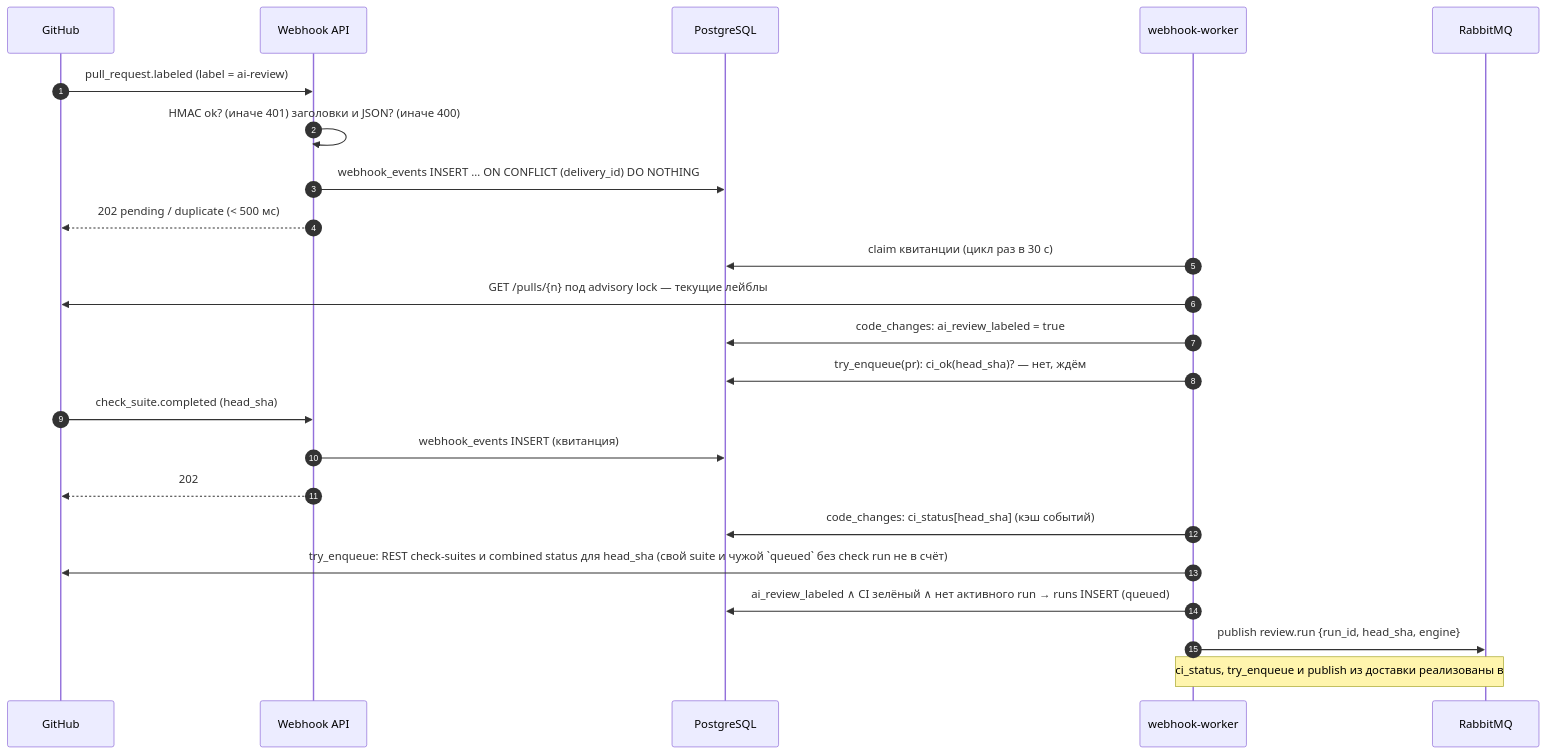
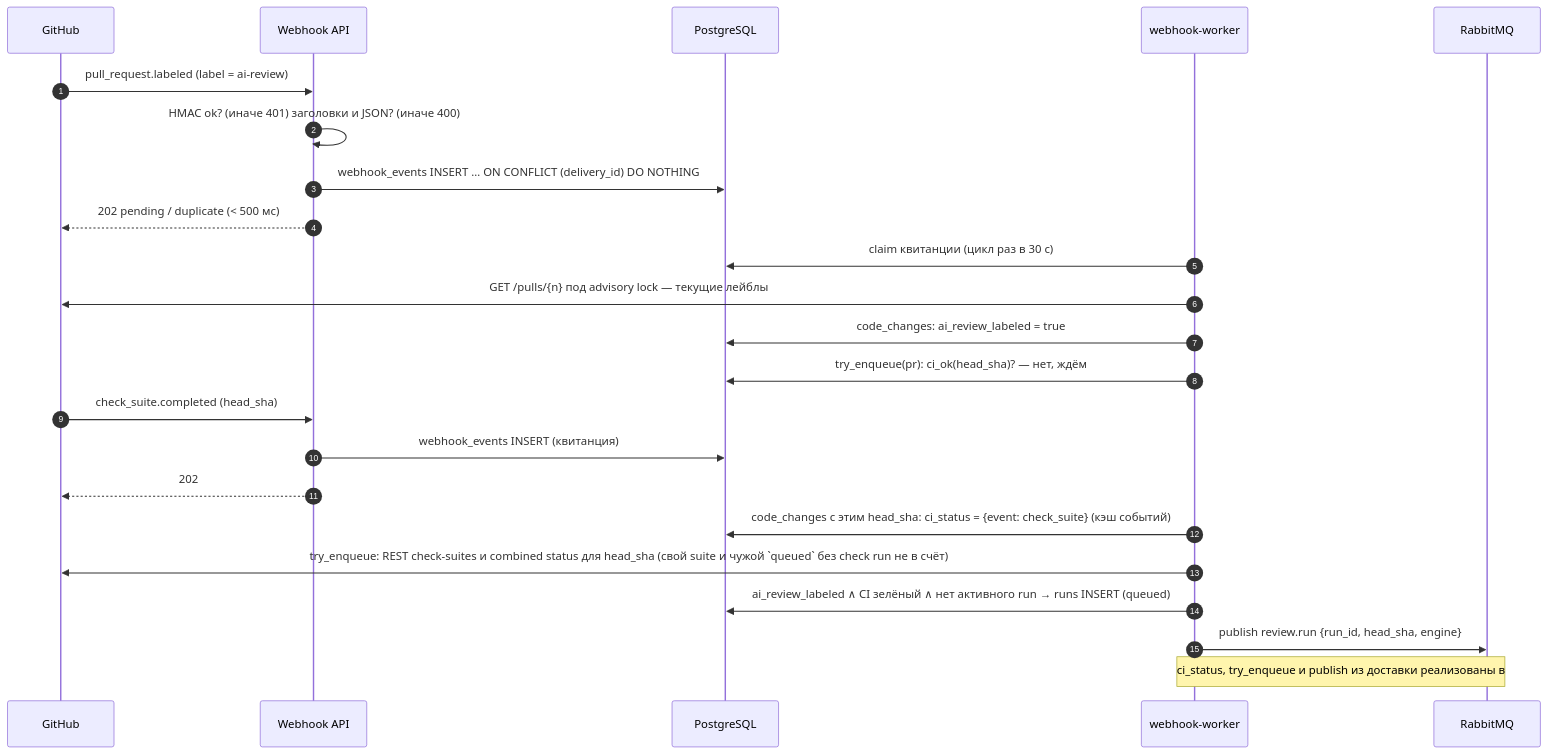
The fourth of 13 diagrams in docs/SYSTEM_DESIGN.md (larchanka-training/dmc-268-api-t6), drawn with Mermaid before and after one commit. The commit also changed other lines of this file and 2 other files, not shown here.

First line of the commit message:
docs(webhooks): align no-CI sweep and supersession wait docs with code (#167)

````diff
--- a/docs/SYSTEM_DESIGN.md
+++ b/docs/SYSTEM_DESIGN.md
@@ -284,27 +284,27 @@
 ```mermaid
 sequenceDiagram
   autonumber
   participant GH as GitHub
   participant WH as Webhook API
   participant PG as PostgreSQL
   participant WW as webhook-worker
   participant MQ as RabbitMQ
 
   GH->>WH: pull_request.labeled (label = ai-review)
   WH->>WH: HMAC ok? (иначе 401) заголовки и JSON? (иначе 400)
   WH->>PG: webhook_events INSERT … ON CONFLICT (delivery_id) DO NOTHING
   WH-->>GH: 202 pending / duplicate (< 500 мс)
   WW->>PG: claim квитанции (цикл раз в 30 с)
   WW->>GH: GET /pulls/{n} под advisory lock — текущие лейблы
   WW->>PG: code_changes: ai_review_labeled = true
   WW->>PG: try_enqueue(pr): ci_ok(head_sha)? — нет, ждём
 
   GH->>WH: check_suite.completed (head_sha)
   WH->>PG: webhook_events INSERT (квитанция)
   WH-->>GH: 202
-  WW->>PG: code_changes: ci_status[head_sha] (кэш событий)
+  WW->>PG: code_changes с этим head_sha: ci_status = {event: check_suite} (кэш событий)
   WW->>GH: try_enqueue: REST check-suites и combined status для head_sha (свой suite и чужой `queued` без check run не в счёт)
   WW->>PG: ai_review_labeled ∧ CI зелёный ∧ нет активного run → runs INSERT (queued)
   WW->>MQ: publish review.run {run_id, head_sha, engine}
   Note over WW,MQ: ci_status, try_enqueue и publish из доставки реализованы в #52
 ```
````
